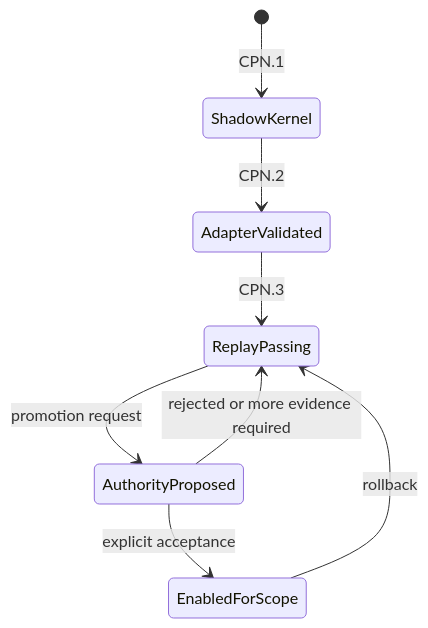
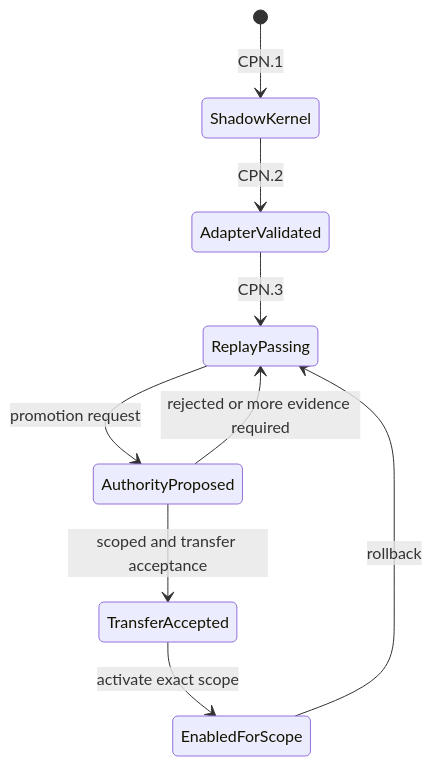
One commit to eragasa/projectkoios changed the third of 7 diagrams in docs/adr.20260920.workflow-and-cpn-development-tracks.md. Above: the diagram before and after it, drawn with Mermaid. The commit also changed other lines of this file, not shown here.

Commit message:
docs: gate CPN authority on workflow transfer

````diff
--- a/docs/adr.20260920.workflow-and-cpn-development-tracks.md
+++ b/docs/adr.20260920.workflow-and-cpn-development-tracks.md
@@ -265,10 +275,11 @@
 ```mermaid
 stateDiagram-v2
     [*] --> ShadowKernel: CPN.1
     ShadowKernel --> AdapterValidated: CPN.2
     AdapterValidated --> ReplayPassing: CPN.3
     ReplayPassing --> AuthorityProposed: promotion request
     AuthorityProposed --> ReplayPassing: rejected or more evidence required
-    AuthorityProposed --> EnabledForScope: explicit acceptance
+    AuthorityProposed --> TransferAccepted: scoped and transfer acceptance
+    TransferAccepted --> EnabledForScope: activate exact scope
     EnabledForScope --> ReplayPassing: rollback
 ```
````
